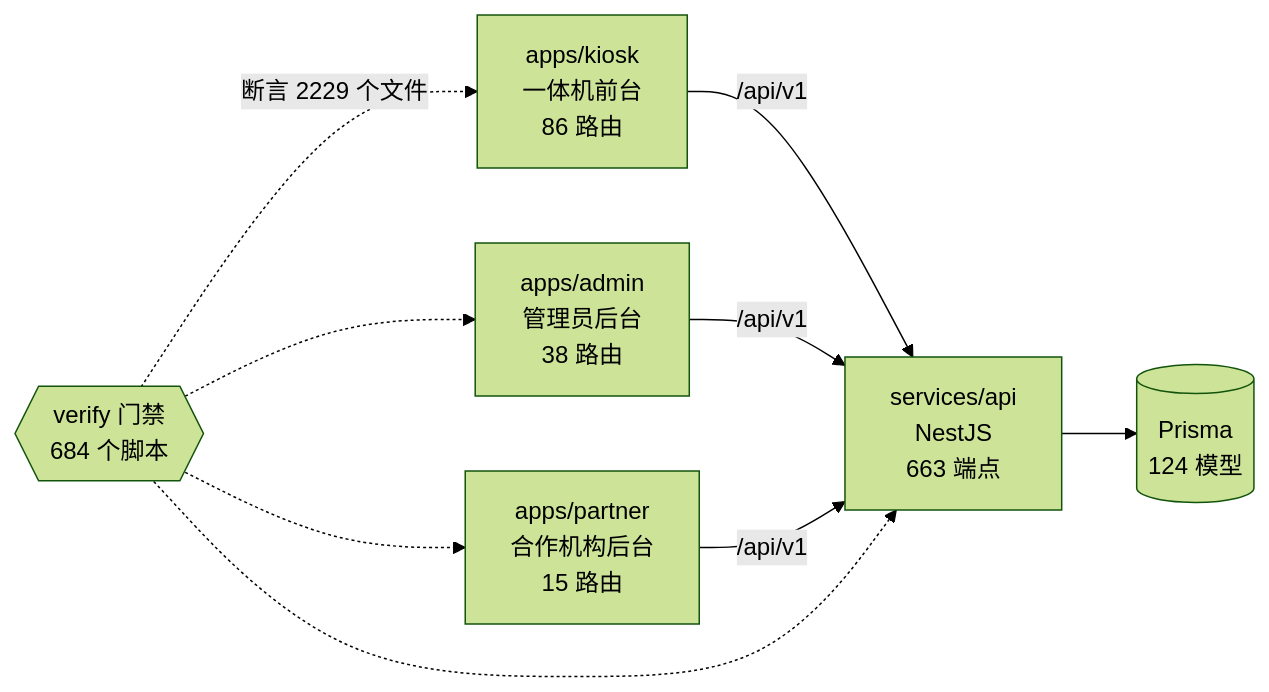
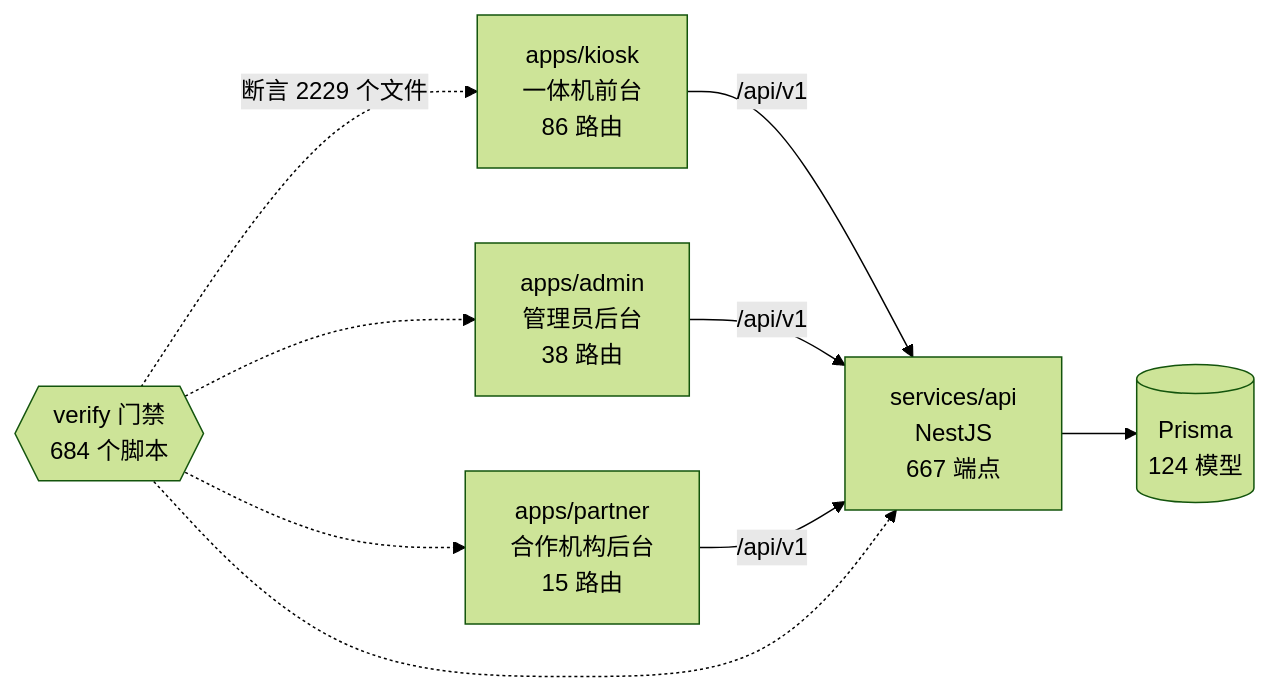
Before and after one commit to wanglei581/YITIJI: the diagram in docs/graph/README.md, drawn with Mermaid (forest theme). The commit also changed other lines of this file and 4 other files, not shown here.

Commit message:
图谱：按退款与出纸互斥后的代码重生

````diff
--- a/docs/graph/README.md
+++ b/docs/graph/README.md
@@ -68,18 +68,18 @@
 ```mermaid
 flowchart LR
   kiosk["apps/kiosk<br/>一体机前台<br/>86 路由"]
   admin["apps/admin<br/>管理员后台<br/>38 路由"]
   partner["apps/partner<br/>合作机构后台<br/>15 路由"]
-  api["services/api<br/>NestJS<br/>663 端点"]
+  api["services/api<br/>NestJS<br/>667 端点"]
   db[("Prisma<br/>124 模型")]
   gates{{"verify 门禁<br/>684 个脚本"}}
 
   kiosk -->|"/api/v1"| api
   admin -->|"/api/v1"| api
   partner -->|"/api/v1"| api
   api --> db
   gates -.->|"断言 2229 个文件"| kiosk
   gates -.-> admin
   gates -.-> partner
   gates -.-> api
 ```
````
